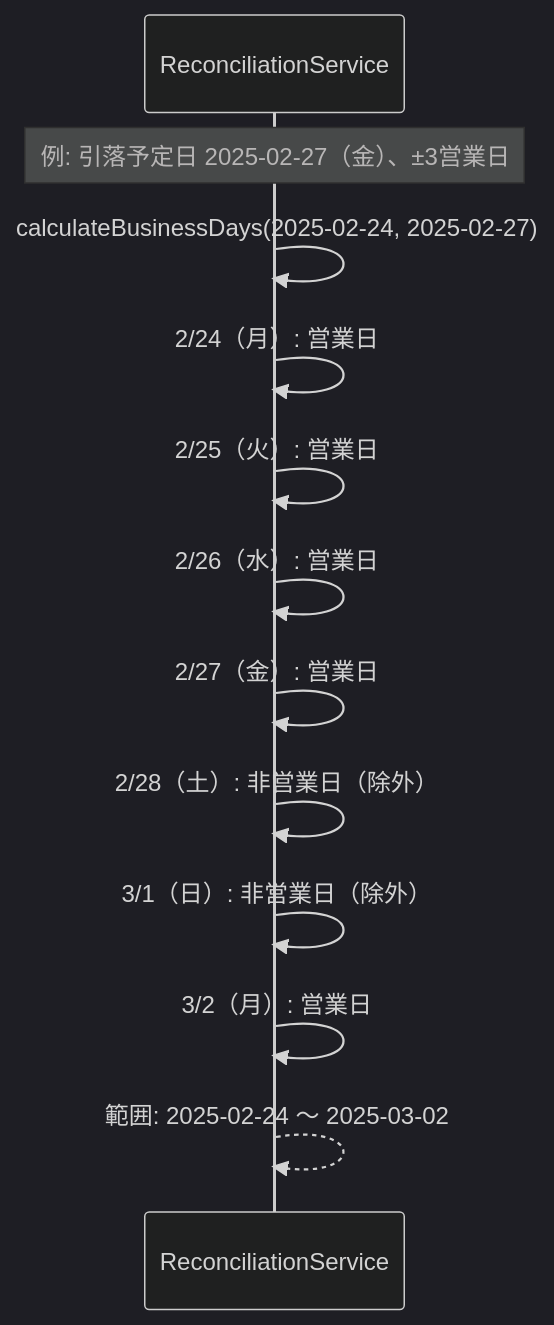
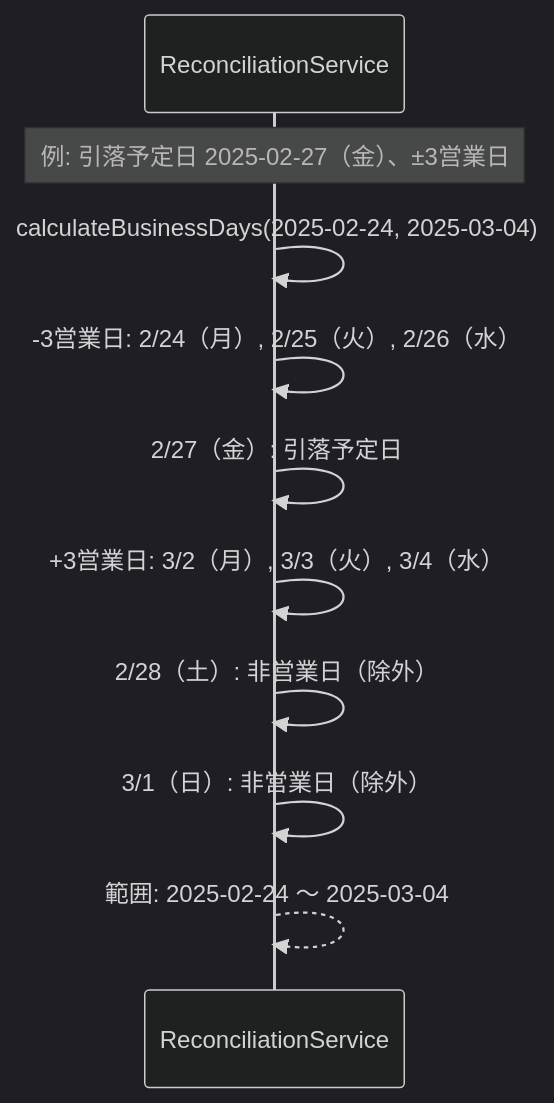
Before and after one commit to kencom2400/account-book: the ninth of 10 diagrams in docs/detailed-design/FR-013_bank-withdrawal-reconciliation/sequence-diagrams.md, drawn with Mermaid (dark theme). The commit also changed other lines of this file and 4 other files, not shown here.

````diff
--- a/docs/detailed-design/FR-013_bank-withdrawal-reconciliation/sequence-diagrams.md
+++ b/docs/detailed-design/FR-013_bank-withdrawal-reconciliation/sequence-diagrams.md
@@ -341,16 +338,14 @@
 ```mermaid
 sequenceDiagram
     participant RS as ReconciliationService
 
     Note over RS: 例: 引落予定日 2025-02-27（金）、±3営業日
 
-    RS->>RS: calculateBusinessDays(2025-02-24, 2025-02-27)
-    RS->>RS: 2/24（月）: 営業日
-    RS->>RS: 2/25（火）: 営業日
-    RS->>RS: 2/26（水）: 営業日
-    RS->>RS: 2/27（金）: 営業日
+    RS->>RS: calculateBusinessDays(2025-02-24, 2025-03-04)
+    RS->>RS: -3営業日: 2/24（月）, 2/25（火）, 2/26（水）
+    RS->>RS: 2/27（金）: 引落予定日
+    RS->>RS: +3営業日: 3/2（月）, 3/3（火）, 3/4（水）
     RS->>RS: 2/28（土）: 非営業日（除外）
     RS->>RS: 3/1（日）: 非営業日（除外）
-    RS->>RS: 3/2（月）: 営業日
-    RS-->>RS: 範囲: 2025-02-24 〜 2025-03-02
+    RS-->>RS: 範囲: 2025-02-24 〜 2025-03-04
 ```
````
